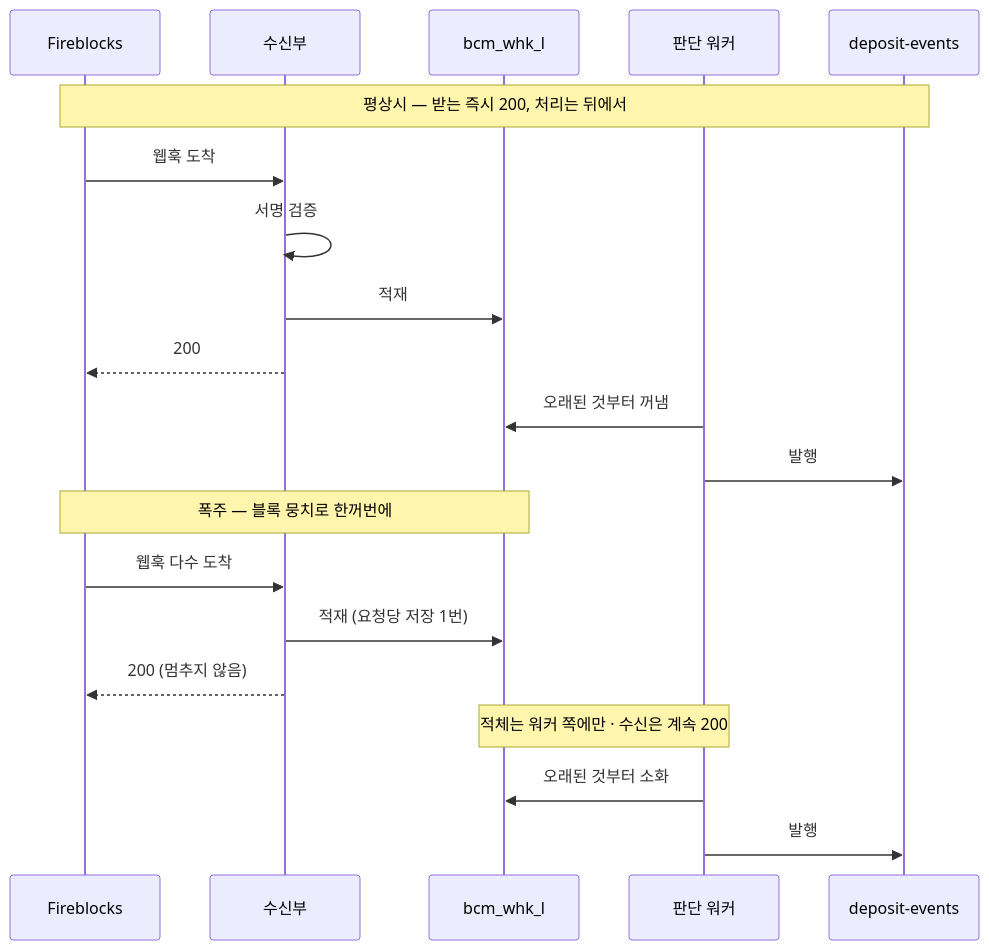
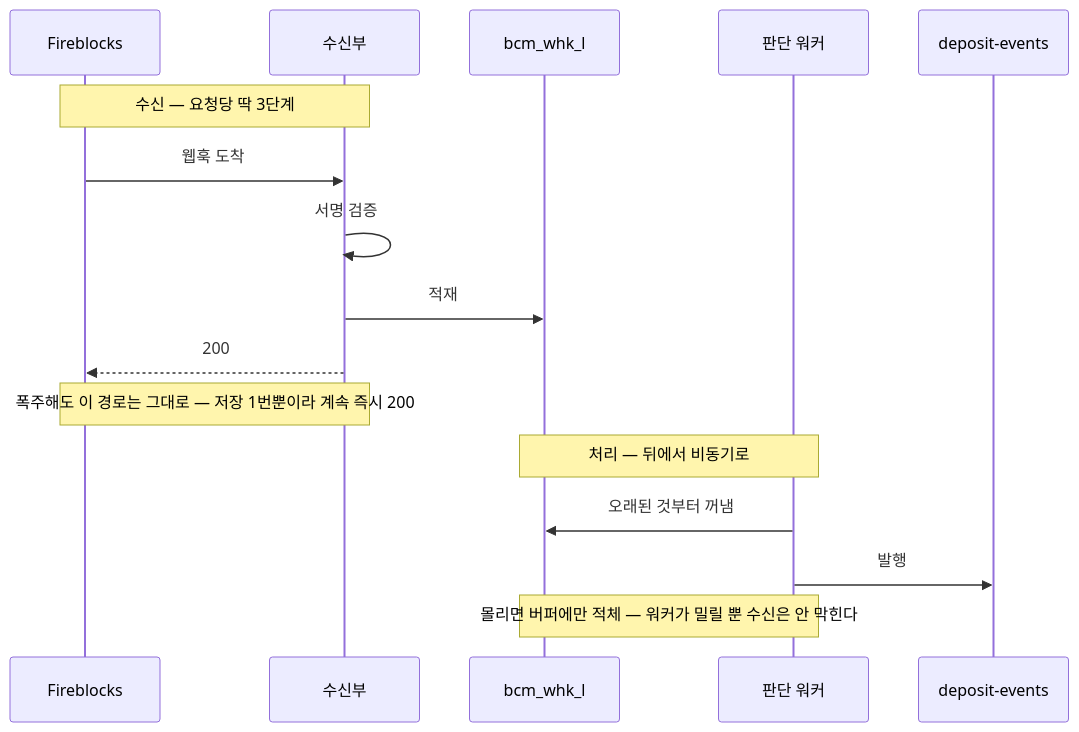
Before and after one commit to eunsujeo/eunpus: the first of 4 diagrams in blockchain-manager/docs/BC/설계/99-detection-detail.md, drawn with Mermaid. The commit also changed other lines of this file and 2 other files, not shown here.

````diff
--- a/blockchain-manager/docs/BC/설계/99-detection-detail.md
+++ b/blockchain-manager/docs/BC/설계/99-detection-detail.md
@@ -25,24 +25,20 @@
 ```mermaid
 sequenceDiagram
   participant F as Fireblocks
   participant R as 수신부
   participant B as bcm_whk_l
   participant W as 판단 워커
   participant Q as deposit-events
 
-  Note over F,Q: 평상시 — 받는 즉시 200, 처리는 뒤에서
+  Note over F,R: 수신 — 요청당 딱 3단계
   F->>R: 웹훅 도착
   R->>R: 서명 검증
   R->>B: 적재
   R-->>F: 200
+  Note over F,R: 폭주해도 이 경로는 그대로 — 저장 1번뿐이라 계속 즉시 200
+
+  Note over B,W: 처리 — 뒤에서 비동기로
   W->>B: 오래된 것부터 꺼냄
   W->>Q: 발행
-
-  Note over F,B: 폭주 — 블록 뭉치로 한꺼번에
-  F->>R: 웹훅 다수 도착
-  R->>B: 적재 (요청당 저장 1번)
-  R-->>F: 200 (멈추지 않음)
-  Note over B,W: 적체는 워커 쪽에만 · 수신은 계속 200
-  W->>B: 오래된 것부터 소화
-  W->>Q: 발행
+  Note over B,W: 몰리면 버퍼에만 적체 — 워커가 밀릴 뿐 수신은 안 막힌다
 ```
````
